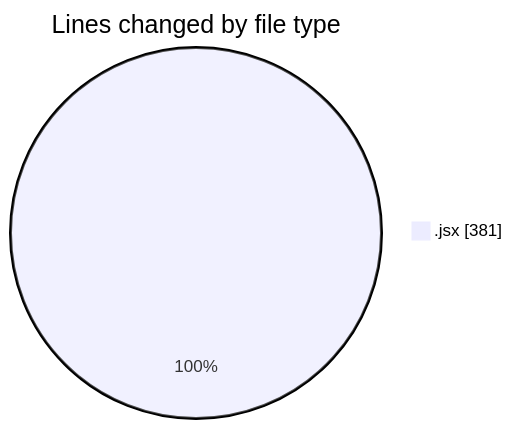
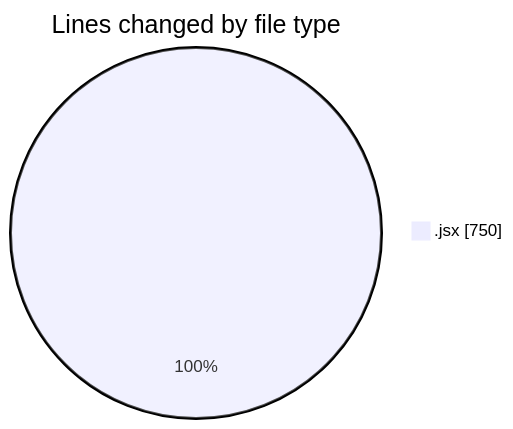
One commit to nxtqubesakshisongat/code-tracking changed the first of 2 diagrams in 2025-05-15/argos-dev/README.md. Above: the diagram before and after it, drawn with Mermaid. The commit also changed other lines of this file and 1 other file, not shown here.

````diff
--- a/2025-05-15/argos-dev/README.md
+++ b/2025-05-15/argos-dev/README.md
@@ -20,5 +21,5 @@
 ```mermaid
 pie showData
 title Lines changed by file type
-".jsx" : 381
+".jsx" : 750
 ```
````
